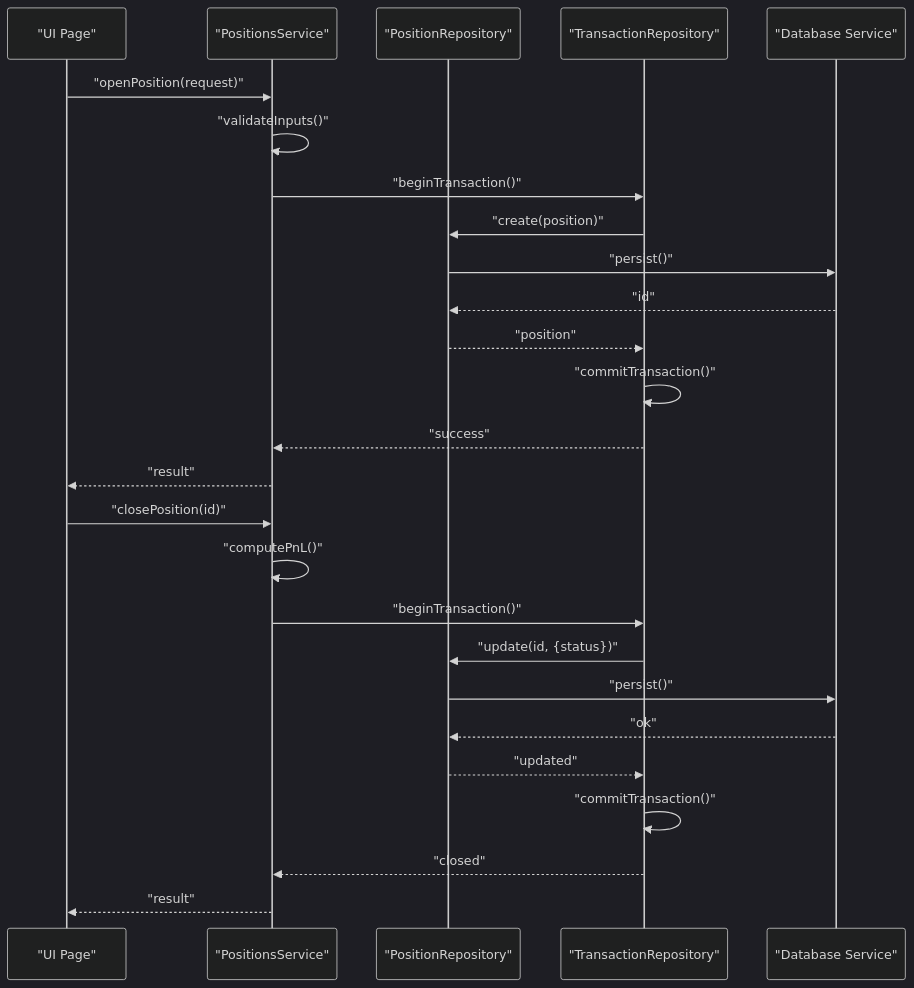
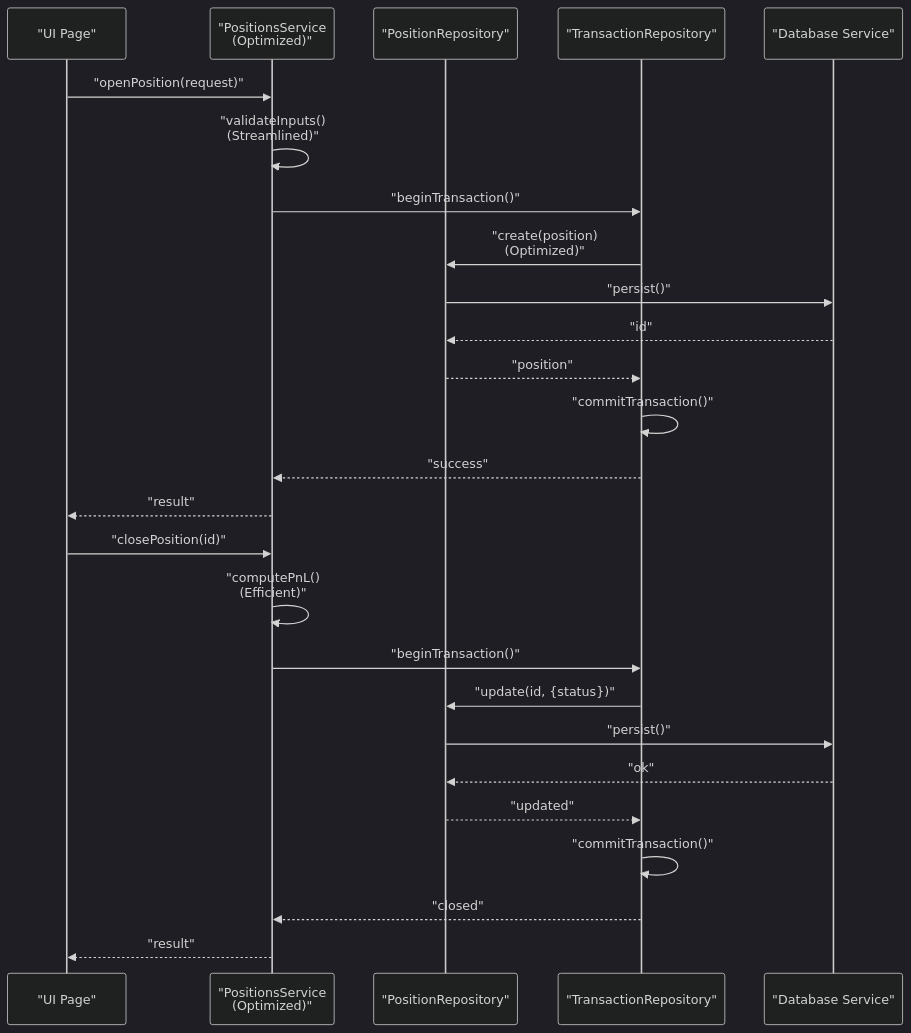
The second of 4 diagrams in .qoder/repowiki/en/content/Core Features/Positions Tracking/Positions Service Layer.md (iliyas77/MTF-monitor), drawn with Mermaid (dark theme) before and after one commit. The commit also changed other lines of this file and 46 other files, not shown here.

````diff
--- a/.qoder/repowiki/en/content/Core Features/Positions Tracking/Positions Service Layer.md
+++ b/.qoder/repowiki/en/content/Core Features/Positions Tracking/Positions Service Layer.md
@@ -125,28 +126,28 @@
 ```mermaid
 sequenceDiagram
 participant UI as "UI Page"
-participant Svc as "PositionsService"
+participant Svc as "PositionsService<br/>(Optimized)"
 participant PosRepo as "PositionRepository"
 participant TransRepo as "TransactionRepository"
 participant DB as "Database Service"
 UI->>Svc : "openPosition(request)"
-Svc->>Svc : "validateInputs()"
+Svc->>Svc : "validateInputs()<br/>(Streamlined)"
 Svc->>TransRepo : "beginTransaction()"
-TransRepo->>PosRepo : "create(position)"
+TransRepo->>PosRepo : "create(position)<br/>(Optimized)"
 PosRepo->>DB : "persist()"
 DB-->>PosRepo : "id"
 PosRepo-->>TransRepo : "position"
 TransRepo->>TransRepo : "commitTransaction()"
 TransRepo-->>Svc : "success"
 Svc-->>UI : "result"
 UI->>Svc : "closePosition(id)"
-Svc->>Svc : "computePnL()"
+Svc->>Svc : "computePnL()<br/>(Efficient)"
 Svc->>TransRepo : "beginTransaction()"
 TransRepo->>PosRepo : "update(id, {status})"
 PosRepo->>DB : "persist()"
 DB-->>PosRepo : "ok"
 PosRepo-->>TransRepo : "updated"
 TransRepo->>TransRepo : "commitTransaction()"
 TransRepo-->>Svc : "closed"
 Svc-->>UI : "result"
 ```
````
